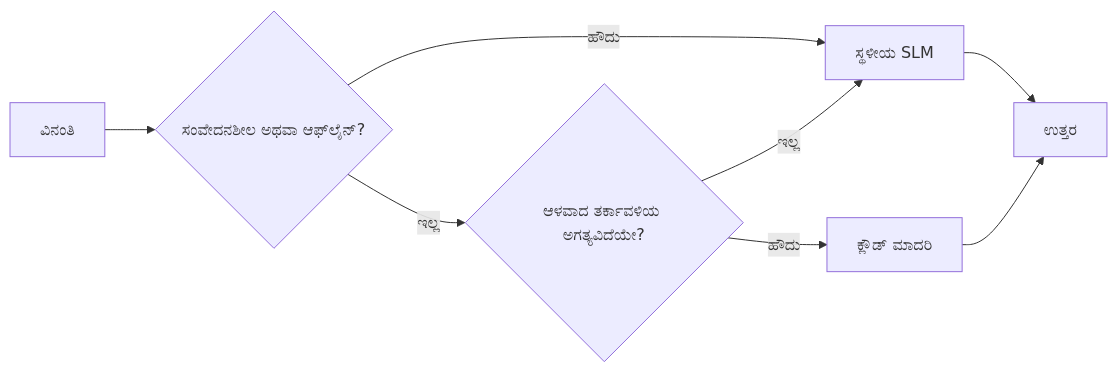
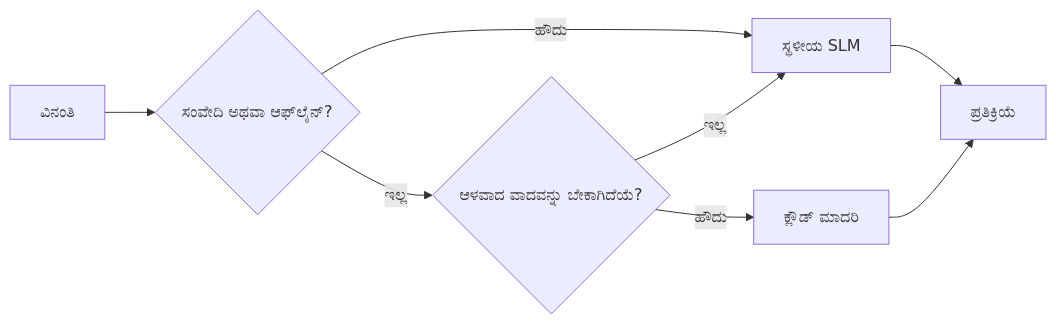
One commit to gabrielmoreira/agent-skills-mirror changed the fourth of 4 diagrams in mirrors/repos/microsoft@ai-agents-for-beginners/translations/kn/17-creating-local-ai-agents/README.md. Above: the diagram before and after it, drawn with Mermaid. The commit also changed other lines of this file and 4262 other files, not shown here.

````diff
--- a/mirrors/repos/microsoft@ai-agents-for-beginners/translations/kn/17-creating-local-ai-agents/README.md
+++ b/mirrors/repos/microsoft@ai-agents-for-beginners/translations/kn/17-creating-local-ai-agents/README.md
@@ -156,10 +156,10 @@
 ```mermaid
 flowchart LR
-    Q[ವಿನಂತಿ] --> S{ಸಂವೇದನಶೀಲ ಅಥವಾ ಆಫ್‌ಲೈನ್?}
+    Q[ವಿನಂತಿ] --> S{ಸಂವೇದಿ ಅಥವಾ ಆಫ್‌ಲೈನ್?}
     S -->|ಹೌದು| L[ಸ್ಥಳೀಯ SLM]
-    S -->|ಇಲ್ಲ| C{ಆಳವಾದ ತರ್ಕಾವಳಿಯ ಅಗತ್ಯವಿದೆಯೇ?}
+    S -->|ಇಲ್ಲ| C{ಆಳವಾದ ವಾದವನ್ನು ಬೇಕಾಗಿದೆಯೆ?}
     C -->|ಇಲ್ಲ| L
     C -->|ಹೌದು| Cloud[ಕ್ಲೌಡ್ ಮಾದರಿ]
-    L --> Out[ಉತ್ತರ]
+    L --> Out[ಪ್ರತಿಕ್ರಿಯೆ]
     Cloud --> Out
 ```
````
